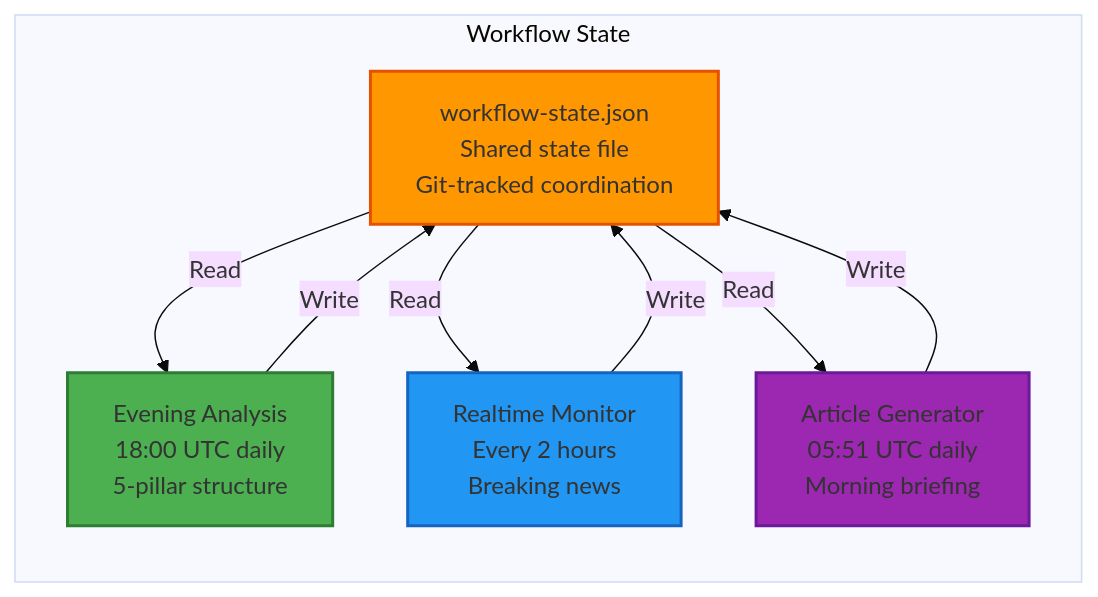
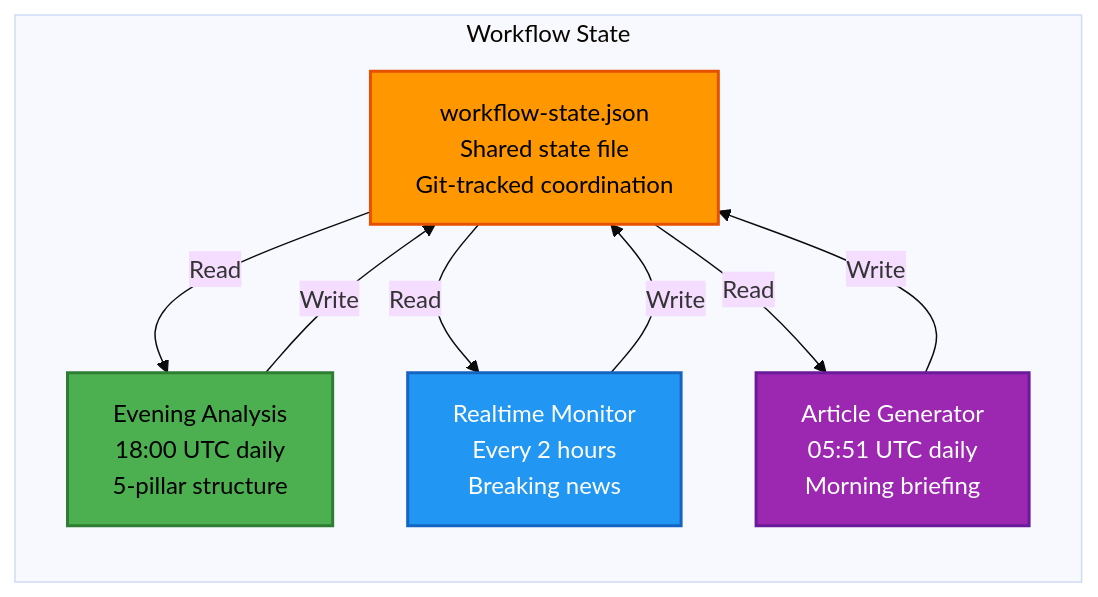
Before and after one commit to Hack23/riksdagsmonitor: the ninth of 16 diagrams in ARCHITECTURE.md, drawn with Mermaid (base theme). The commit also changed other lines of this file and 11 other files, not shown here.

First line of the commit message:
Fix broken mermaid diagrams: SWOT gantt, quadrantChart theming, init quotes, text colors

````diff
--- a/ARCHITECTURE.md
+++ b/ARCHITECTURE.md
@@ -860,23 +860,23 @@
 ```mermaid
 graph LR
     subgraph "Workflow State"
         State[workflow-state.json<br/>Shared state file<br/>Git-tracked coordination]
         
         Evening[Evening Analysis<br/>18:00 UTC daily<br/>5-pillar structure]
         Realtime[Realtime Monitor<br/>Every 2 hours<br/>Breaking news]
         Generator[Article Generator<br/>05:51 UTC daily<br/>Morning briefing]
     end
     
     Evening -->|Write| State
     Realtime -->|Write| State
     Generator -->|Write| State
     
     State -->|Read| Evening
     State -->|Read| Realtime
     State -->|Read| Generator
     
-    style State fill:#ff9800,stroke:#e65100,stroke-width:2px
-    style Evening fill:#4caf50,stroke:#2e7d32,stroke-width:2px
-    style Realtime fill:#2196f3,stroke:#1565c0,stroke-width:2px
-    style Generator fill:#9c27b0,stroke:#6a1b9a,stroke-width:2px
+    style State fill:#ff9800,stroke:#e65100,stroke-width:2px,color:#000000
+    style Evening fill:#4caf50,stroke:#2e7d32,stroke-width:2px,color:#000000
+    style Realtime fill:#2196f3,stroke:#1565c0,stroke-width:2px,color:#ffffff
+    style Generator fill:#9c27b0,stroke:#6a1b9a,stroke-width:2px,color:#ffffff
 ```
````
